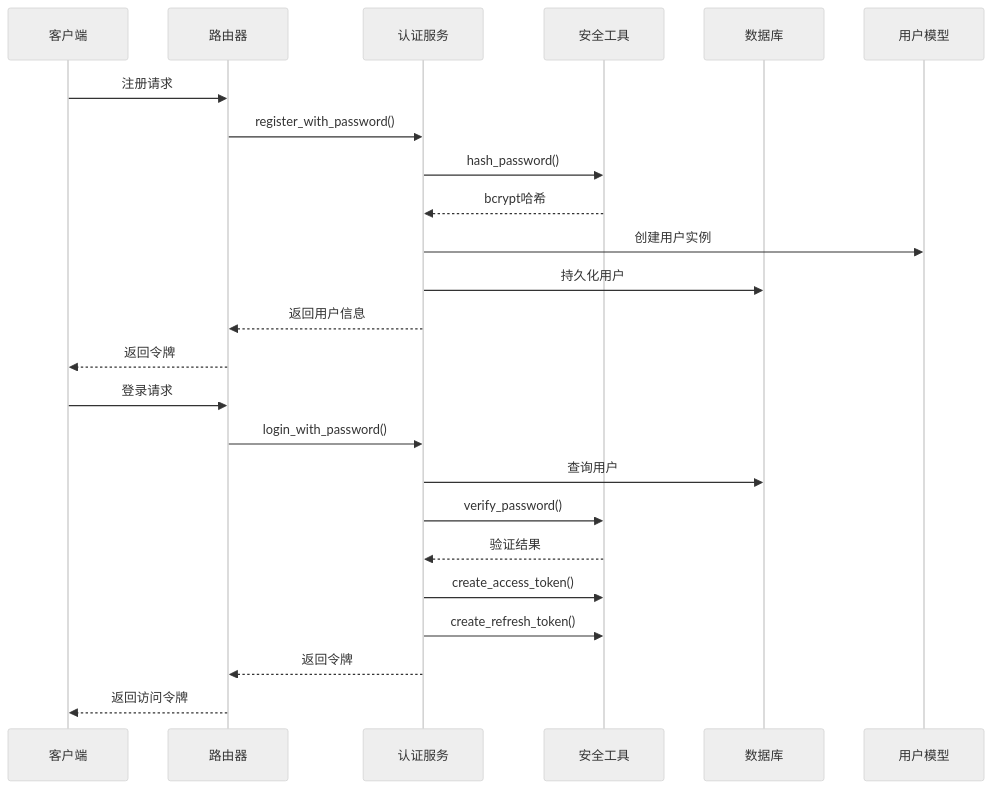
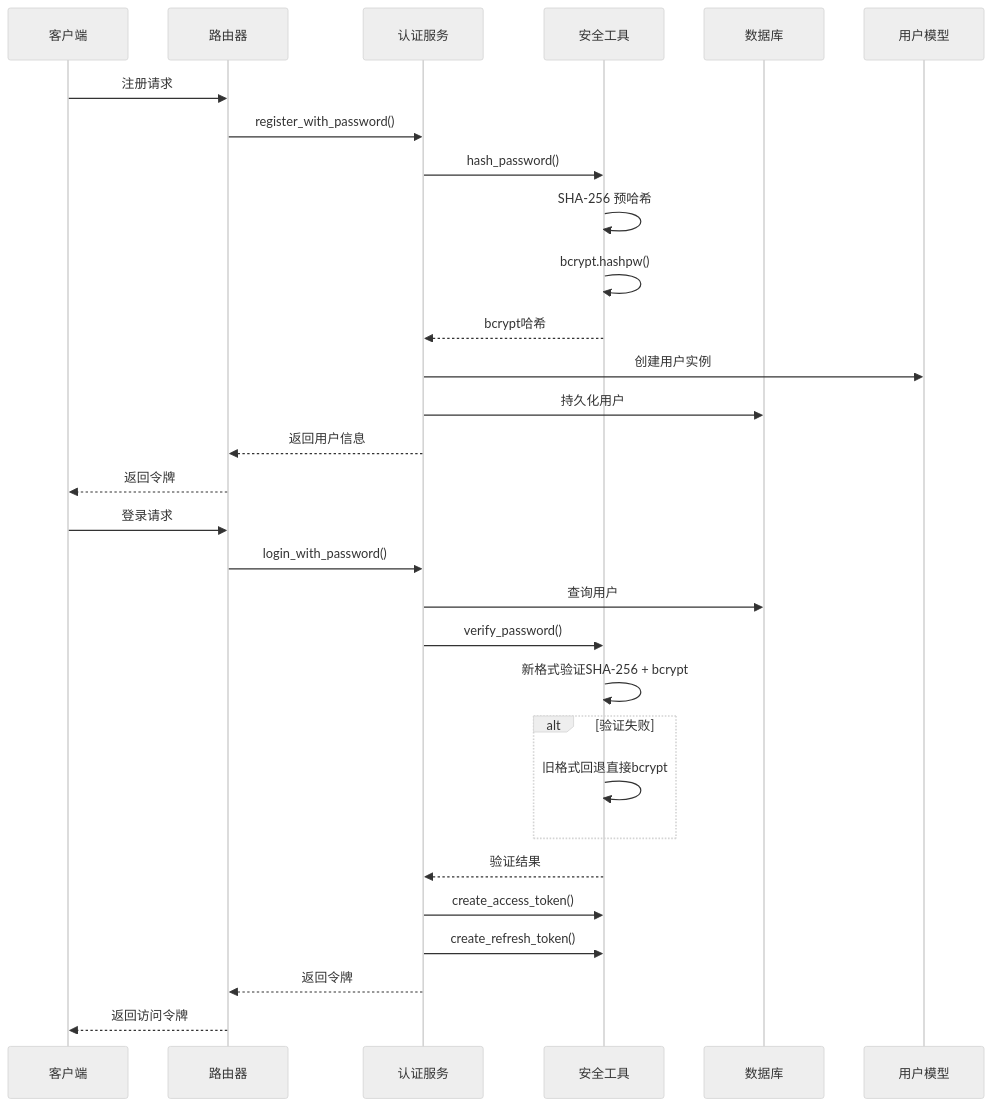
One commit to selectzhangyuan/AI-photo-coach changed the second of 11 diagrams in .qoder/repowiki/zh/content/安全和认证/密码哈希与验证.md. Above: the diagram before and after it, drawn with Mermaid (neutral theme). The commit also changed other lines of this file and 28 other files, not shown here.

````diff
--- a/.qoder/repowiki/zh/content/安全和认证/密码哈希与验证.md
+++ b/.qoder/repowiki/zh/content/安全和认证/密码哈希与验证.md
@@ -116,26 +136,32 @@
 ```mermaid
 sequenceDiagram
 participant Client as 客户端
 participant Router as 路由器
 participant Service as 认证服务
 participant Security as 安全工具
 participant DB as 数据库
 participant User as 用户模型
 Client->>Router : 注册请求
 Router->>Service : register_with_password()
 Service->>Security : hash_password()
+Security->>Security : SHA-256 预哈希
+Security->>Security : bcrypt.hashpw()
 Security-->>Service : bcrypt哈希
 Service->>User : 创建用户实例
 Service->>DB : 持久化用户
 Service-->>Router : 返回用户信息
 Router-->>Client : 返回令牌
 Client->>Router : 登录请求
 Router->>Service : login_with_password()
 Service->>DB : 查询用户
 Service->>Security : verify_password()
+Security->>Security : 新格式验证SHA-256 + bcrypt
+alt 验证失败
+Security->>Security : 旧格式回退直接bcrypt
+end
 Security-->>Service : 验证结果
 Service->>Security : create_access_token()
 Service->>Security : create_refresh_token()
 Service-->>Router : 返回令牌
 Router-->>Client : 返回访问令牌
 ```
````
